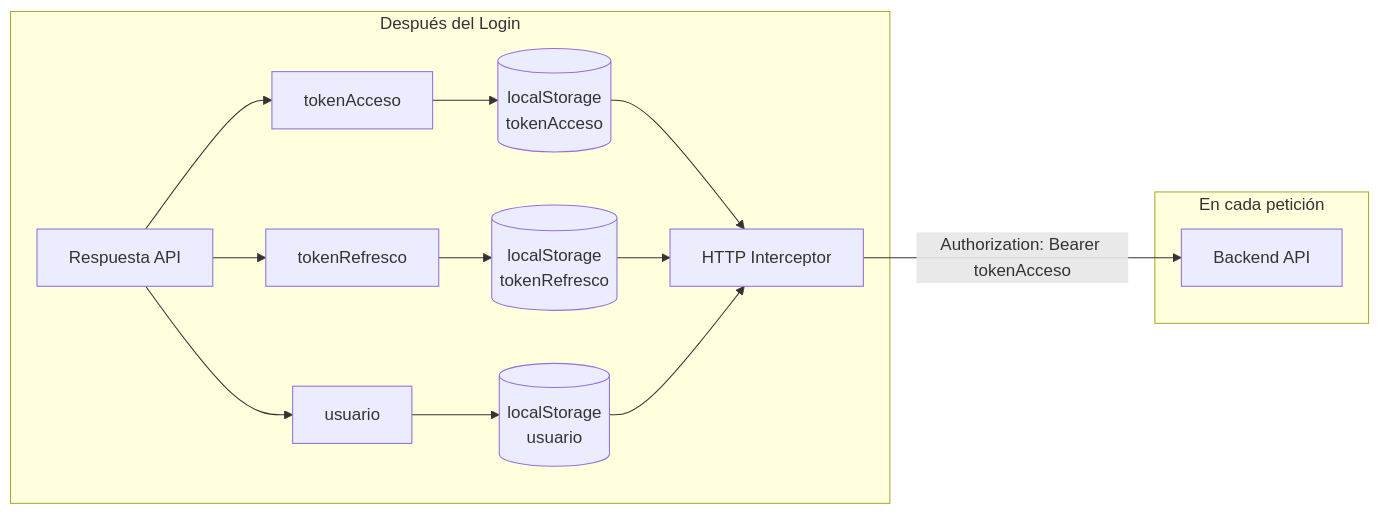
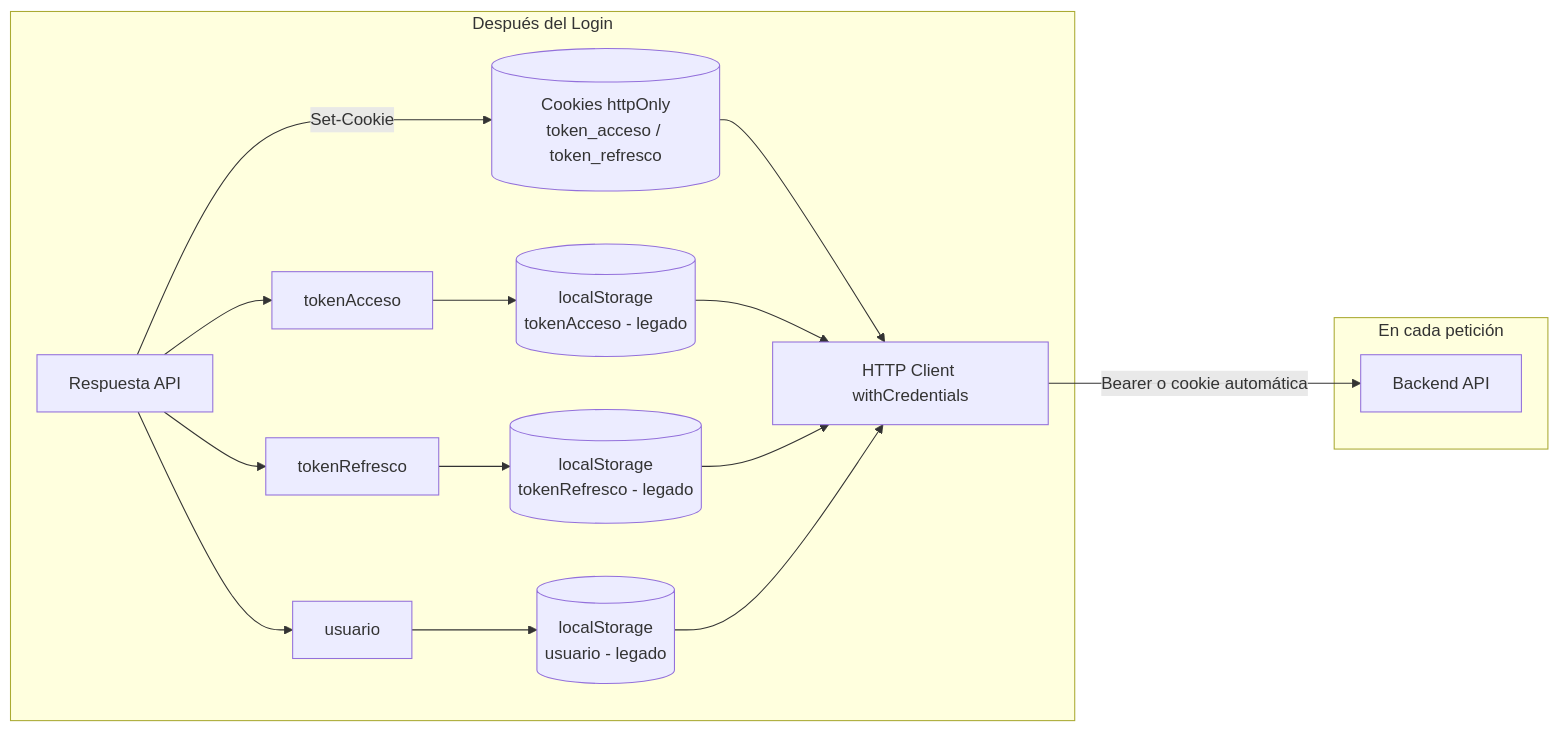
The fourth of 12 diagrams in docs/AUTH-FLOW.md (Isael7w7/raices-backend), drawn with Mermaid before and after one commit. The commit also changed other lines of this file, not shown here.

Commit message:
docs: actualizar AUTH-FLOW.md con el flujo dual de sesión (cookies httpOnly)

````diff
--- a/docs/AUTH-FLOW.md
+++ b/docs/AUTH-FLOW.md
@@ -260,20 +328,22 @@
 ```mermaid
 graph LR
     subgraph "Después del Login"
         A[Respuesta API] --> B[tokenAcceso]
         A --> C[tokenRefresco]
         A --> D[usuario]
+        A -->|Set-Cookie| J[(Cookies httpOnly<br/>token_acceso / token_refresco)]
         
-        B --> E[(localStorage<br/>tokenAcceso)]
-        C --> F[(localStorage<br/>tokenRefresco)]
-        D --> G[(localStorage<br/>usuario)]
+        B --> E[(localStorage<br/>tokenAcceso - legado)]
+        C --> F[(localStorage<br/>tokenRefresco - legado)]
+        D --> G[(localStorage<br/>usuario - legado)]
         
-        E --> H[HTTP Interceptor]
+        J --> H[HTTP Client withCredentials]
+        E --> H
         F --> H
         G --> H
     end
     
     subgraph "En cada petición"
-        H -->|"Authorization: Bearer tokenAcceso"| I[Backend API]
+        H -->|"Bearer <token> o cookie automática"| I[Backend API]
     end
 ```
````
